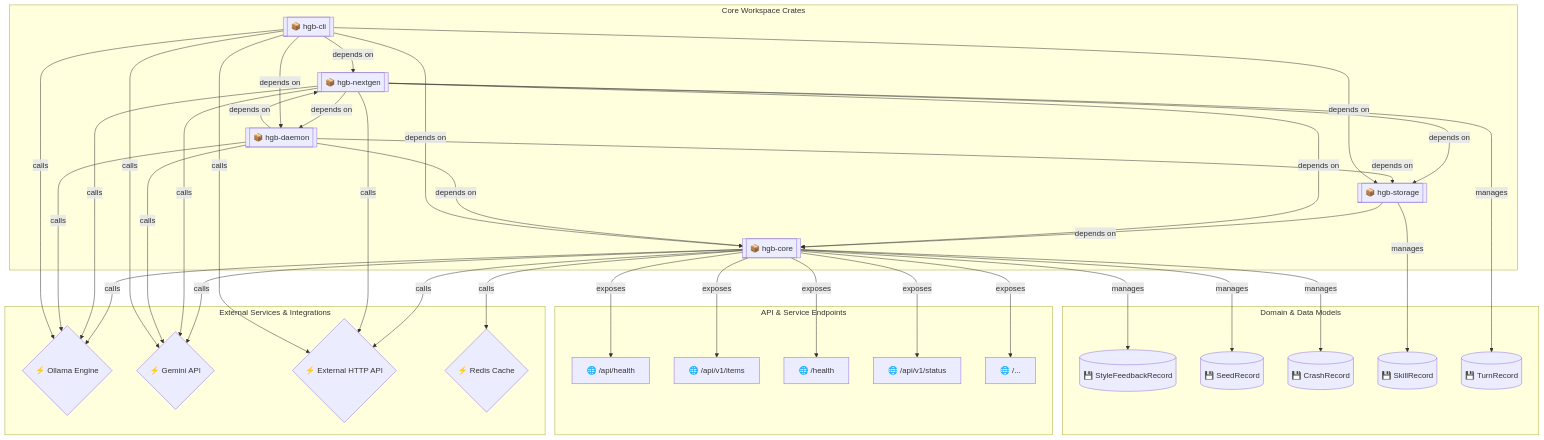
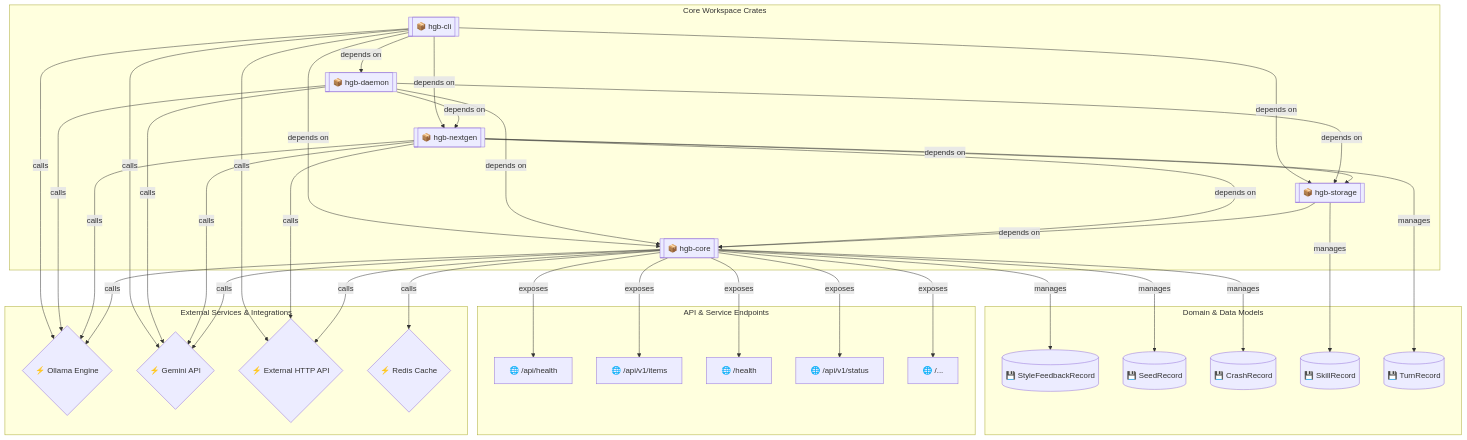
The diagram in BLUEPRINT.md (CharleGutierrez/hagibis), drawn with Mermaid before and after one commit. The commit also changed 22 other files, not shown here.

````diff
--- a/BLUEPRINT.md
+++ b/BLUEPRINT.md
@@ -8,69 +8,68 @@
 ```mermaid
 flowchart TB
     %% Living Architecture Blueprint generated by Hagibis
     subgraph Crates [Core Workspace Crates]
         crate_hgb_core[["📦 hgb-core"]]
         crate_hgb_storage[["📦 hgb-storage"]]
         crate_hgb_nextgen[["📦 hgb-nextgen"]]
         crate_hgb_daemon[["📦 hgb-daemon"]]
         crate_hgb_cli[["📦 hgb-cli"]]
     end
 
     subgraph DataModels [Domain & Data Models]
         entity_StyleFeedbackRecord[("💾 StyleFeedbackRecord")]
         entity_SeedRecord[("💾 SeedRecord")]
         entity_CrashRecord[("💾 CrashRecord")]
         entity_SkillRecord[("💾 SkillRecord")]
         entity_TurnRecord[("💾 TurnRecord")]
     end
 
     subgraph Endpoints [API & Service Endpoints]
         route_api_health["🌐 /api/health"]
         route_api_v1_items["🌐 /api/v1/items"]
         route_health["🌐 /health"]
         route_api_v1_status["🌐 /api/v1/status"]
         route_["🌐 /..."]
     end
 
     subgraph External [External Services & Integrations]
         svc_Ollama_Engine{"⚡ Ollama Engine"}
         svc_Gemini_API{"⚡ Gemini API"}
         svc_External_HTTP_API{"⚡ External HTTP API"}
         svc_Redis_Cache{"⚡ Redis Cache"}
     end
 
     %% Component Relationships
     crate_hgb_core -->|"calls"| svc_Ollama_Engine
     crate_hgb_core -->|"calls"| svc_Gemini_API
     crate_hgb_core -->|"calls"| svc_External_HTTP_API
     crate_hgb_core -->|"manages"| entity_StyleFeedbackRecord
     crate_hgb_core -->|"exposes"| route_api_health
     crate_hgb_core -->|"exposes"| route_api_v1_items
     crate_hgb_core -->|"exposes"| route_health
     crate_hgb_core -->|"exposes"| route_api_v1_status
     crate_hgb_core -->|"manages"| entity_SeedRecord
     crate_hgb_core -->|"exposes"| route_
     crate_hgb_core -->|"calls"| svc_Redis_Cache
     crate_hgb_core -->|"manages"| entity_CrashRecord
     crate_hgb_storage -->|"manages"| entity_SkillRecord
     crate_hgb_nextgen -->|"calls"| svc_Ollama_Engine
     crate_hgb_nextgen -->|"calls"| svc_Gemini_API
     crate_hgb_nextgen -->|"calls"| svc_External_HTTP_API
     crate_hgb_nextgen -->|"manages"| entity_TurnRecord
     crate_hgb_daemon -->|"calls"| svc_Gemini_API
     crate_hgb_daemon -->|"calls"| svc_Ollama_Engine
     crate_hgb_cli -->|"calls"| svc_Ollama_Engine
     crate_hgb_cli -->|"calls"| svc_Gemini_API
     crate_hgb_cli -->|"calls"| svc_External_HTTP_API
     crate_hgb_storage -->|"depends on"| crate_hgb_core
     crate_hgb_nextgen -->|"depends on"| crate_hgb_core
     crate_hgb_nextgen -->|"depends on"| crate_hgb_storage
-    crate_hgb_nextgen -->|"depends on"| crate_hgb_daemon
     crate_hgb_daemon -->|"depends on"| crate_hgb_core
     crate_hgb_daemon -->|"depends on"| crate_hgb_storage
     crate_hgb_daemon -->|"depends on"| crate_hgb_nextgen
     crate_hgb_cli -->|"depends on"| crate_hgb_core
     crate_hgb_cli -->|"depends on"| crate_hgb_storage
     crate_hgb_cli -->|"depends on"| crate_hgb_nextgen
     crate_hgb_cli -->|"depends on"| crate_hgb_daemon
 ```
````
